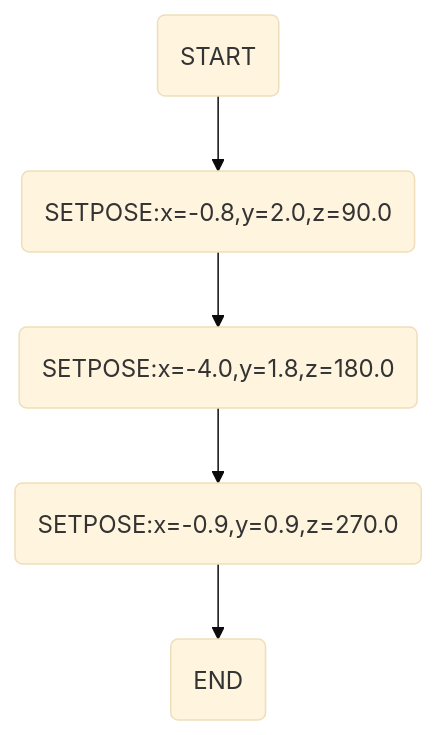
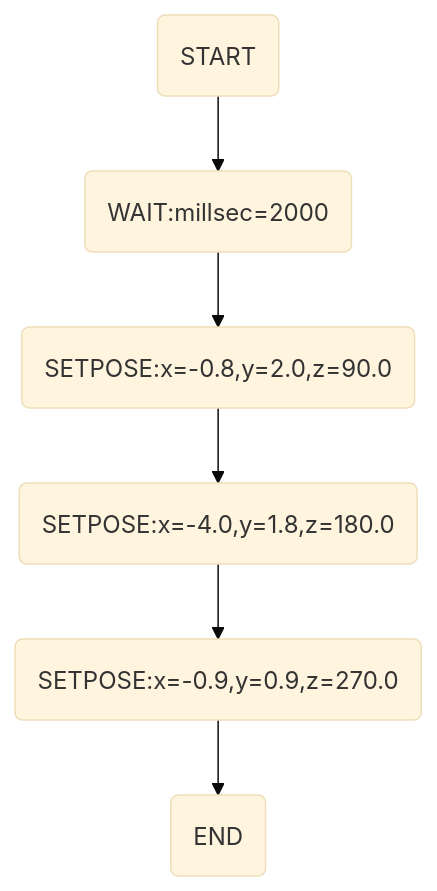
Before and after one commit to TakanoTaiga/roboware-neo.universe: the diagram in launch/roboware_neo_launch/state_graph/s-graph.md, drawn with Mermaid (base theme). The commit also changed 3 other files, not shown here.

````diff
--- a/launch/roboware_neo_launch/state_graph/s-graph.md
+++ b/launch/roboware_neo_launch/state_graph/s-graph.md
@@ -1,7 +1,8 @@
 ```mermaid
 graph TB
-  START(START) --> SETPOSE.1(SETPOSE:x=-0.8,y=2.0,z=90.0)
+  START(START) --> start_wait(WAIT:millsec=2000)
+  start_wait --> SETPOSE.1(SETPOSE:x=-0.8,y=2.0,z=90.0)
   SETPOSE.1 --> SETPOSE.2(SETPOSE:x=-4.0,y=1.8,z=180.0)
   SETPOSE.2 --> SETPOSE.3(SETPOSE:x=-0.9,y=0.9,z=270.0)
   SETPOSE.3 --> END(END)
 ```
````
